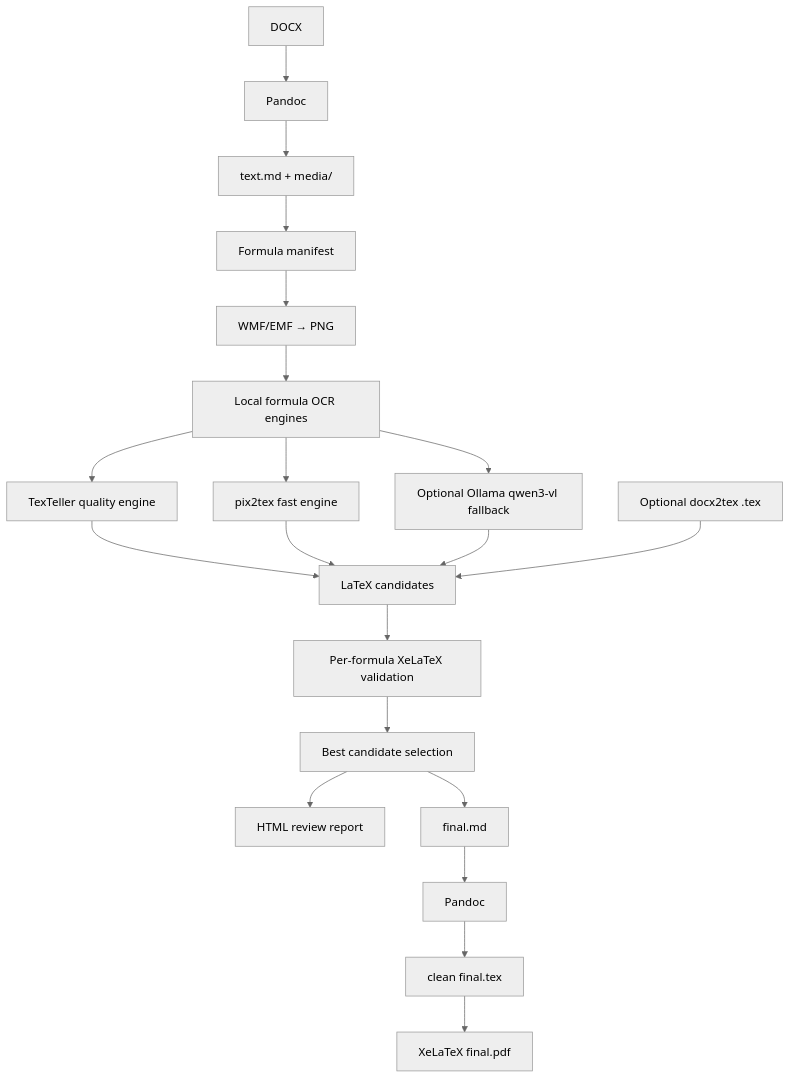
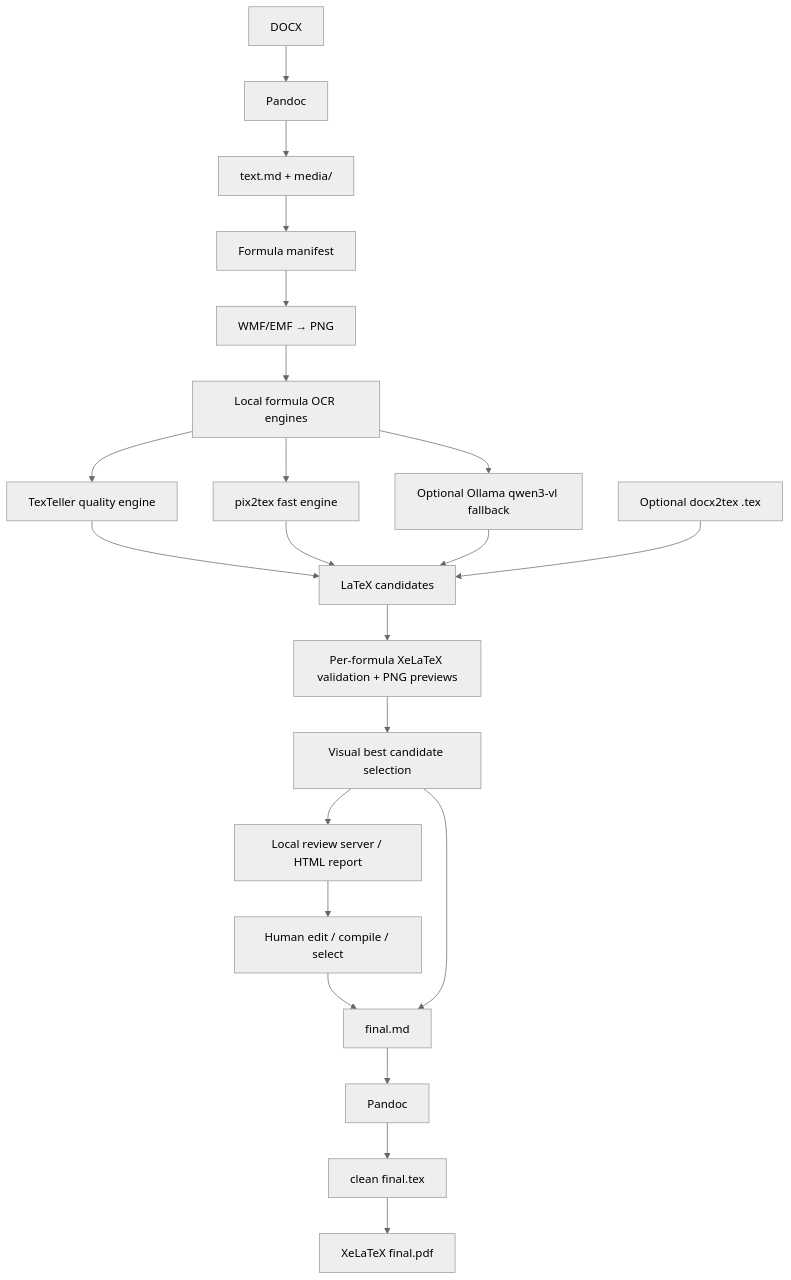
Before and after one commit to gerageragera39/dotex: the diagram in README.md, drawn with Mermaid (neutral theme). The commit also changed other lines of this file and 22 other files, not shown here.

````diff
--- a/README.md
+++ b/README.md
@@ -89,22 +89,24 @@
 ```mermaid
 flowchart TD
     A[DOCX] --> B[Pandoc]
     B --> C[text.md + media/]
     C --> D[Formula manifest]
     D --> E[WMF/EMF → PNG]
     E --> F[Local formula OCR engines]
     F --> F1[TexTeller quality engine]
     F --> F2[pix2tex fast engine]
     F --> F3[Optional Ollama qwen3-vl fallback]
     F1 --> G[LaTeX candidates]
     F2 --> G
     F3 --> G
     H[Optional docx2tex .tex] --> G
-    G --> I[Per-formula XeLaTeX validation]
-    I --> J[Best candidate selection]
-    J --> K[HTML review report]
-    J --> L[final.md]
+    G --> I[Per-formula XeLaTeX validation + PNG previews]
+    I --> J[Visual best candidate selection]
+    J --> K[Local review server / HTML report]
+    K --> K1[Human edit / compile / select]
+    K1 --> L[final.md]
+    J --> L
     L --> M[Pandoc]
     M --> N[clean final.tex]
     N --> O[XeLaTeX final.pdf]
 ```
````
